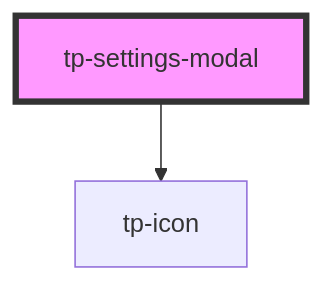
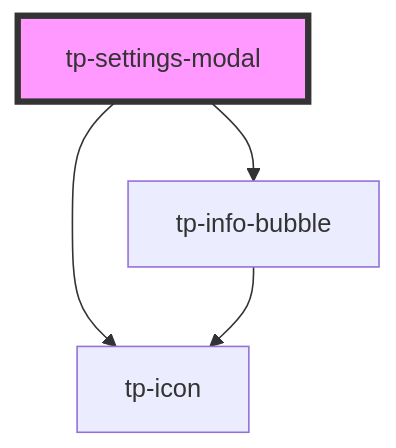
The diagram in packages/byfo-components/src/components/tp-settings-modal/readme.md (Jacob-Griffin/TelephonePictionaryStencilVue), drawn with Mermaid before and after one commit. The commit also changed other lines of this file and 9 other files, not shown here.

Commit message:
Create info bubble component

````diff
--- a/packages/byfo-components/src/components/tp-settings-modal/readme.md
+++ b/packages/byfo-components/src/components/tp-settings-modal/readme.md
@@ -24,5 +25,7 @@
 ```mermaid
 graph TD;
+  tp-settings-modal --> tp-info-bubble
   tp-settings-modal --> tp-icon
+  tp-info-bubble --> tp-icon
   style tp-settings-modal fill:#f9f,stroke:#333,stroke-width:4px
 ```
````
